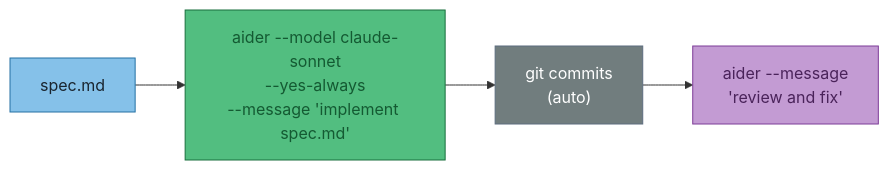
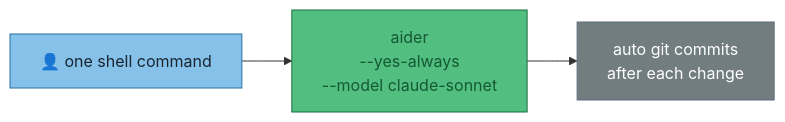
The fourth of 5 diagrams in docs/appendix/adr/001-claude-code-orchestration.md (joeledwardson/dev-setup), drawn with Mermaid before and after one commit. The commit also changed other lines of this file and 1 other file, not shown here.

````diff
--- a/docs/appendix/adr/001-claude-code-orchestration.md
+++ b/docs/appendix/adr/001-claude-code-orchestration.md
@@ -144,14 +115,11 @@
 ```mermaid
 flowchart LR
-    SPEC["spec.md"]
-    A["aider --model claude-sonnet\n--yes-always\n--message 'implement spec.md'"]
-    REPO["git commits\n(auto)"]
-    REVIEW["aider --message\n'review and fix'"]
+    H["👤 one shell command"]
+    A["aider\n--yes-always\n--model claude-sonnet"]
+    COMMITS["auto git commits\nafter each change"]
+    H --> A --> COMMITS
 
-    SPEC --> A --> REPO --> REVIEW
-
-    style SPEC fill:#85c1e9,color:#1a252f,stroke:#2471a3
+    style H fill:#85c1e9,color:#1a252f,stroke:#2471a3
     style A fill:#52be80,color:#145a32,stroke:#196f3d
-    style REPO fill:#717d7e,color:#fff,stroke:#5d6d7e
-    style REVIEW fill:#c39bd3,color:#4a235a,stroke:#7d3c98
+    style COMMITS fill:#717d7e,color:#fff,stroke:#5d6d7e
 ```
````
